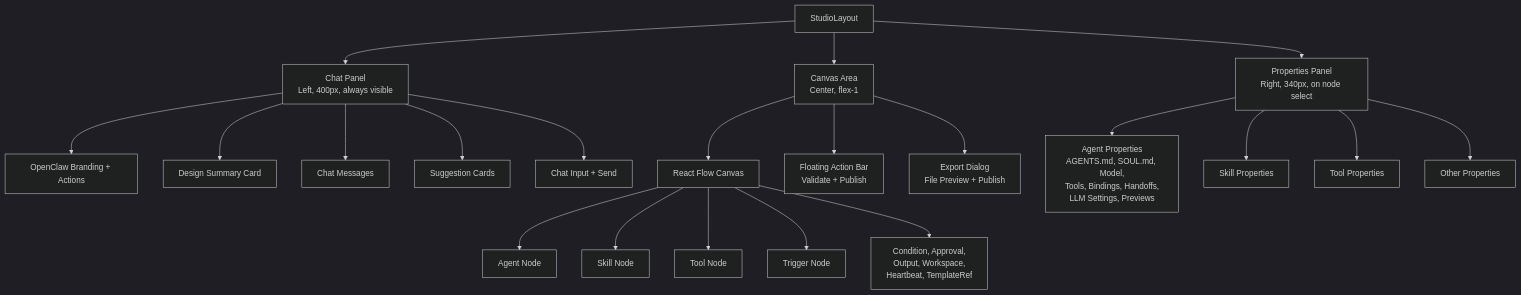
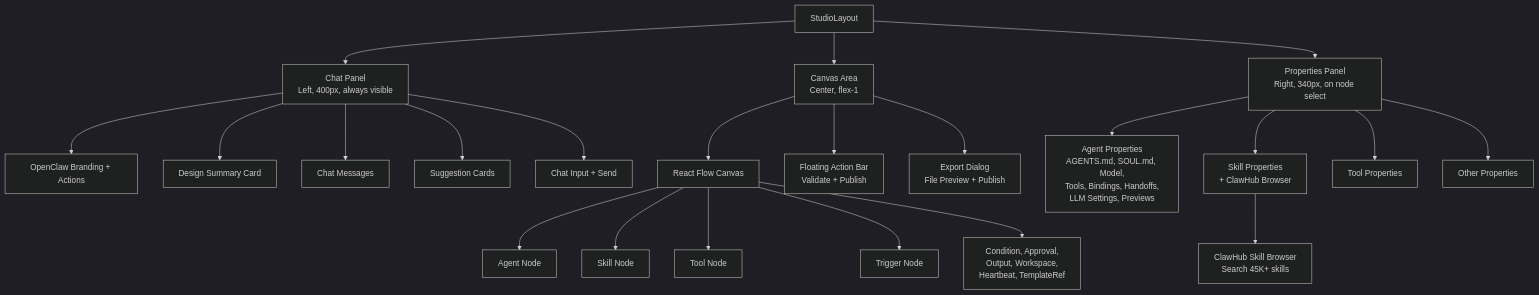
One commit to durdan/openclaw-studio changed the seventh of 11 diagrams in docs/architecture.md. Above: the diagram before and after it, drawn with Mermaid (dark theme). The commit also changed other lines of this file and 16 other files, not shown here.

First line of the commit message:
feat: add ClawHub skill browser, real templates, theme toggle, and smart re-publish

````diff
--- a/docs/architecture.md
+++ b/docs/architecture.md
@@ -302,29 +311,31 @@
 ```mermaid
 graph TB
     App[StudioLayout]
 
     App --> ChatPanel[Chat Panel<br/>Left, 400px, always visible]
     App --> CanvasArea[Canvas Area<br/>Center, flex-1]
     App --> PropsPanel[Properties Panel<br/>Right, 340px, on node select]
 
     ChatPanel --> Branding[OpenClaw Branding + Actions]
     ChatPanel --> DesignSummary[Design Summary Card]
     ChatPanel --> Messages[Chat Messages]
     ChatPanel --> Suggestions[Suggestion Cards]
     ChatPanel --> ChatInput[Chat Input + Send]
 
     CanvasArea --> ReactFlow[React Flow Canvas]
     CanvasArea --> FloatingBar[Floating Action Bar<br/>Validate + Publish]
     CanvasArea --> ExportDialog[Export Dialog<br/>File Preview + Publish]
 
     ReactFlow --> AgentNode[Agent Node]
     ReactFlow --> SkillNode[Skill Node]
     ReactFlow --> ToolNode[Tool Node]
     ReactFlow --> TriggerNode[Trigger Node]
     ReactFlow --> OtherNodes[Condition, Approval,<br/>Output, Workspace,<br/>Heartbeat, TemplateRef]
 
     PropsPanel --> AgentProps[Agent Properties<br/>AGENTS.md, SOUL.md, Model,<br/>Tools, Bindings, Handoffs,<br/>LLM Settings, Previews]
-    PropsPanel --> SkillProps[Skill Properties]
+    PropsPanel --> SkillProps[Skill Properties<br/>+ ClawHub Browser]
     PropsPanel --> ToolProps[Tool Properties]
     PropsPanel --> OtherProps[Other Properties]
+
+    SkillProps --> SkillBrowser[ClawHub Skill Browser<br/>Search 45K+ skills]
 ```
````
